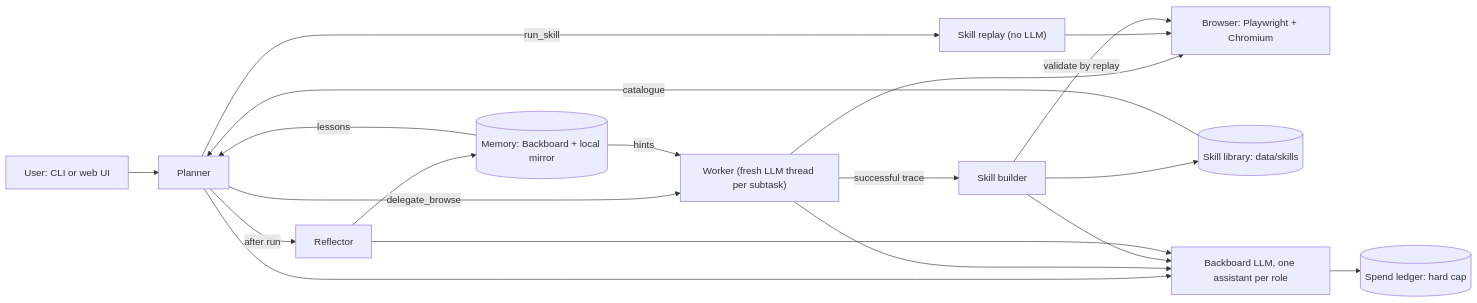
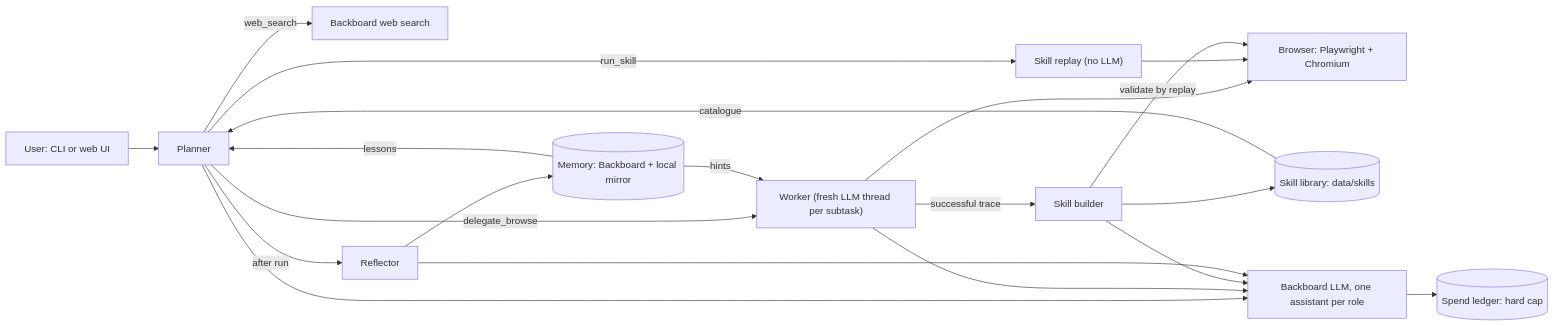
One commit to Auro-rium/web-forge changed the diagram in README.md. Above: the diagram before and after it, drawn with Mermaid. The commit also changed other lines of this file and 18 other files, not shown here.

First line of the commit message:
Handle everyday tasks: web_search planner tool, open-web default, weather route

````diff
--- a/README.md
+++ b/README.md
@@ -15,18 +15,19 @@
 ```mermaid
 flowchart LR
     U["User: CLI or web UI"] --> P["Planner"]
+    P -->|web_search| WS["Backboard web search"]
     P -->|delegate_browse| W["Worker (fresh LLM thread per subtask)"]
     P -->|run_skill| R["Skill replay (no LLM)"]
     W --> B["Browser: Playwright + Chromium"]
     R --> B
     W -->|successful trace| SB["Skill builder"]
     SB -->|validate by replay| B
     SB --> L[("Skill library: data/skills")]
     L -->|catalogue| P
     P -->|after run| RF["Reflector"]
     RF --> M[("Memory: Backboard + local mirror")]
     M -->|lessons| P
     M -->|hints| W
     P & W & SB & RF --> LLM["Backboard LLM, one assistant per role"]
     LLM --> G[("Spend ledger: hard cap")]
 ```
````
